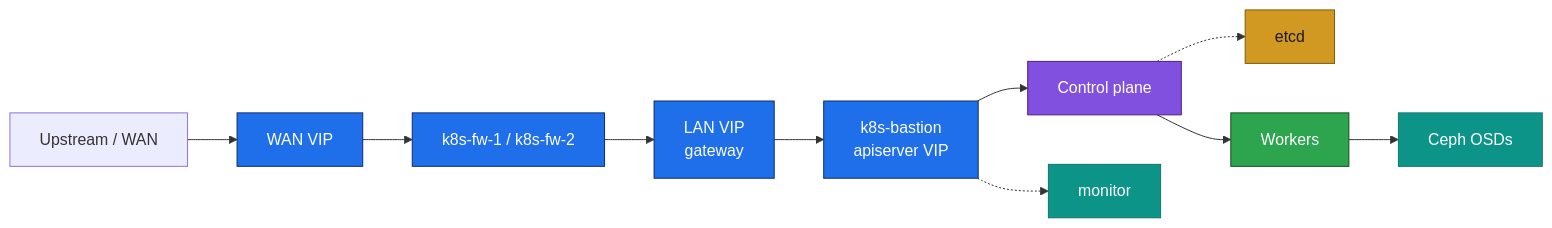
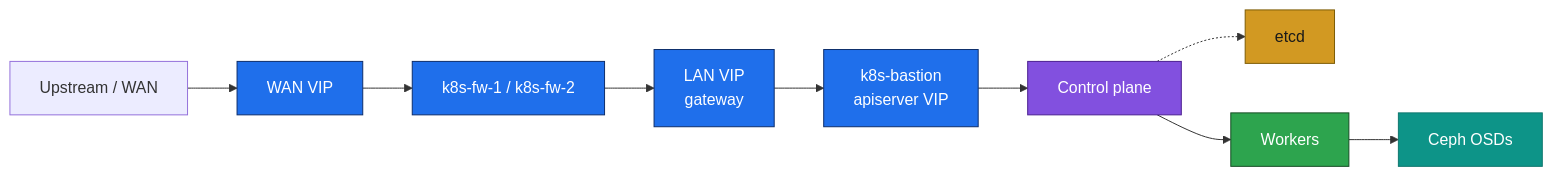
The diagram in 03-network-plan.md (bahman-farhadian/kubernetes-lab), drawn with Mermaid before and after one commit. The commit also changed other lines of this file and 24 other files, not shown here.

First line of the commit message:
docs: fold monitor into bastion with three Compose projects

````diff
--- a/03-network-plan.md
+++ b/03-network-plan.md
@@ -18,18 +18,17 @@
 ```mermaid
 flowchart LR
     Ext["Upstream / WAN"] --> WANVIP["WAN VIP"]:::bastion
     WANVIP --> FW["k8s-fw-1 / k8s-fw-2"]:::bastion
     FW --> LANVIP["LAN VIP\ngateway"]:::bastion
     LANVIP --> Bastion["k8s-bastion\napiserver VIP"]:::bastion
     Bastion --> CP["Control plane"]:::controlPlane
     CP -.-> Etcd["etcd"]:::etcd
     CP --> Work["Workers"]:::worker
     Work --> Storage["Ceph OSDs"]:::storage
-    Bastion -.-> Mon["monitor"]:::storage
 
     classDef bastion fill:#1f6feb,stroke:#0c2d6b,color:#ffffff
     classDef controlPlane fill:#8250df,stroke:#4b1f91,color:#ffffff
     classDef etcd fill:#d29922,stroke:#7d5c05,color:#1a1a1a
     classDef worker fill:#2da44e,stroke:#164c24,color:#ffffff
     classDef storage fill:#0d9488,stroke:#0f766e,color:#ffffff
 ```
````
